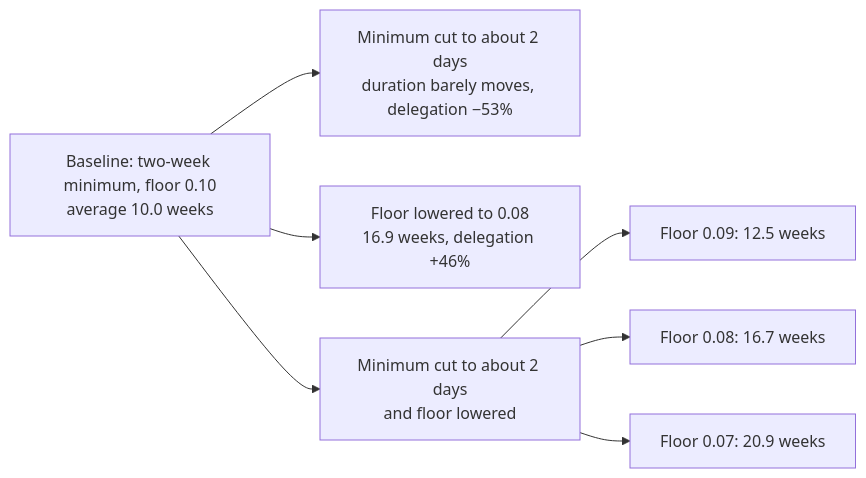
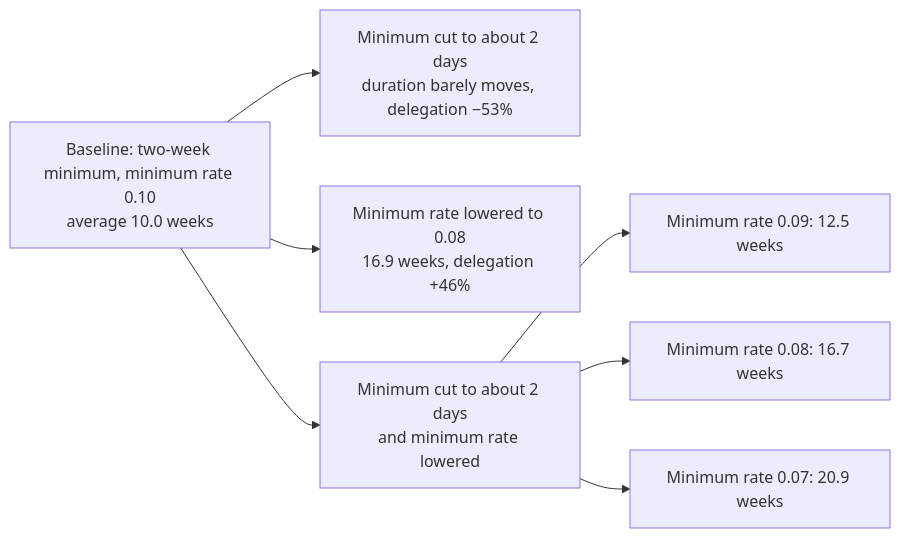
One commit to bonding-curves/avalanche-phase-ii-research changed the diagram in content/Phase II/Wiki/Collections/Essential Readings/How Do Avalanche Validators Actually Think About Staking Rewards/index.md. Above: the diagram before and after it, drawn with Mermaid. The commit also changed other lines of this file and 4 other files, not shown here.

First line of the commit message:
fix(collections): the validator-rewards overview defines the minimum consumption rate and calls the Helicon durations scenario reference points

````diff
--- a/content/Phase II/Wiki/Collections/Essential Readings/How Do Avalanche Validators Actually Think About Staking Rewards/index.md
+++ b/content/Phase II/Wiki/Collections/Essential Readings/How Do Avalanche Validators Actually Think About Staking Rewards/index.md
@@ -37,10 +37,10 @@
 ```mermaid
 flowchart LR
-  B["Baseline: two-week minimum, floor 0.10<br/>average 10.0 weeks"]
+  B["Baseline: two-week minimum, minimum rate 0.10<br/>average 10.0 weeks"]
   B --> S2["Minimum cut to about 2 days<br/>duration barely moves, delegation −53%"]
-  B --> S3["Floor lowered to 0.08<br/>16.9 weeks, delegation +46%"]
-  B --> C["Minimum cut to about 2 days<br/>and floor lowered"]
-  C --> S5["Floor 0.09: 12.5 weeks"]
-  C --> S4["Floor 0.08: 16.7 weeks"]
-  C --> S6["Floor 0.07: 20.9 weeks"]
+  B --> S3["Minimum rate lowered to 0.08<br/>16.9 weeks, delegation +46%"]
+  B --> C["Minimum cut to about 2 days<br/>and minimum rate lowered"]
+  C --> S5["Minimum rate 0.09: 12.5 weeks"]
+  C --> S4["Minimum rate 0.08: 16.7 weeks"]
+  C --> S6["Minimum rate 0.07: 20.9 weeks"]
 ```
````
